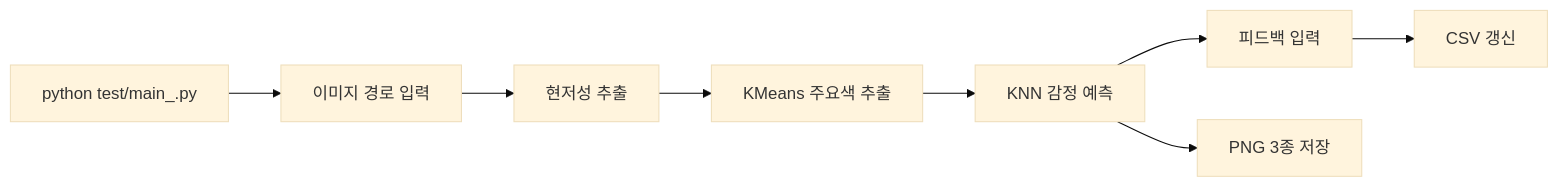
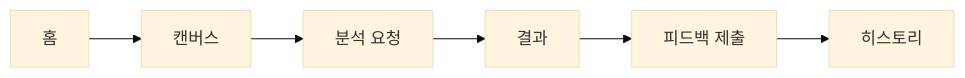
The first of 2 diagrams in Project_Descriptions/Wireframe_SentiVision.md (acertainromance401/SentiVision), drawn with Mermaid (base theme) before and after one commit. The commit also changed other lines of this file, not shown here.

````diff
--- a/Project_Descriptions/Wireframe_SentiVision.md
+++ b/Project_Descriptions/Wireframe_SentiVision.md
@@ -115,10 +145,8 @@
 ```mermaid
 flowchart LR
-	A[python test/main_.py] --> B[이미지 경로 입력]
-	B --> C[현저성 추출]
-	C --> D[KMeans 주요색 추출]
-	D --> E[KNN 감정 예측]
-	E --> F[피드백 입력]
-	F --> G[CSV 갱신]
-	E --> H[PNG 3종 저장]
+  A[홈] --> B[캔버스]
+  B --> C[분석 요청]
+  C --> D[결과]
+  D --> E[피드백 제출]
+  E --> F[히스토리]
 ```
````
